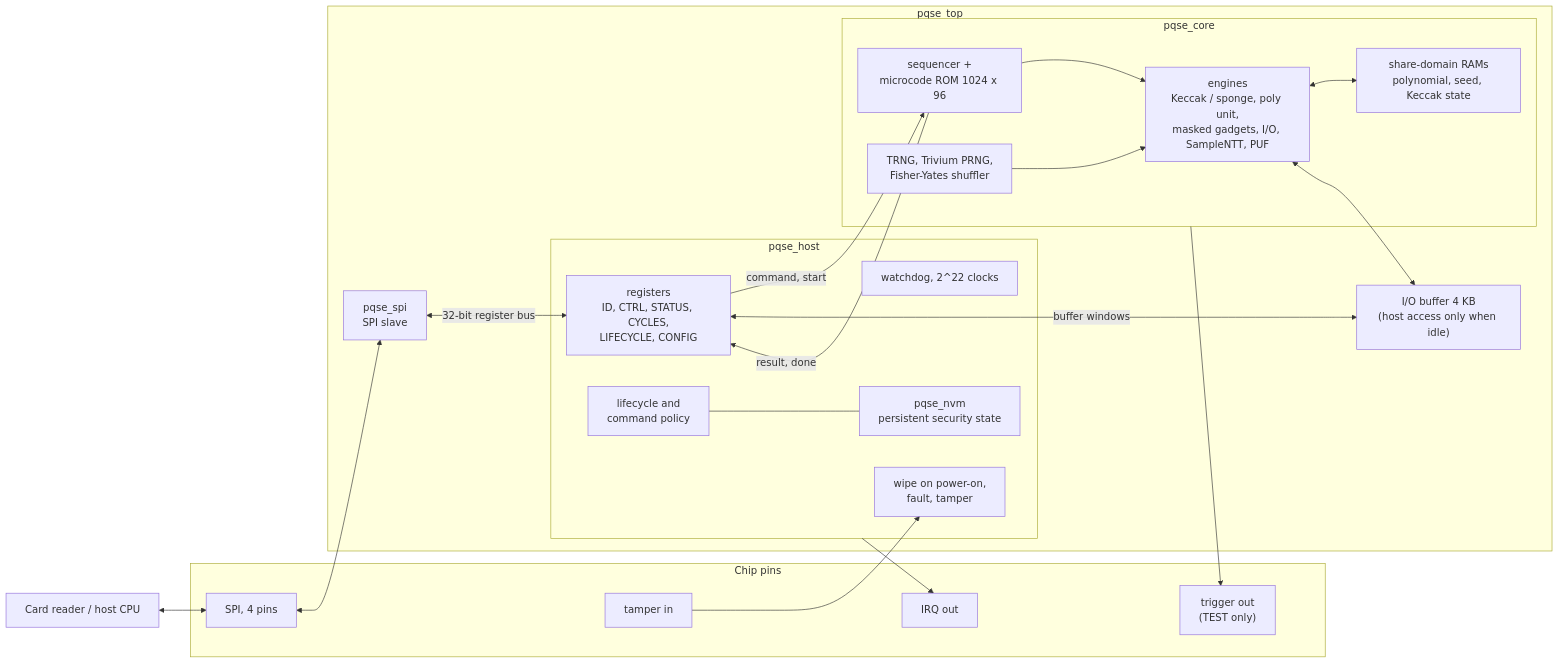
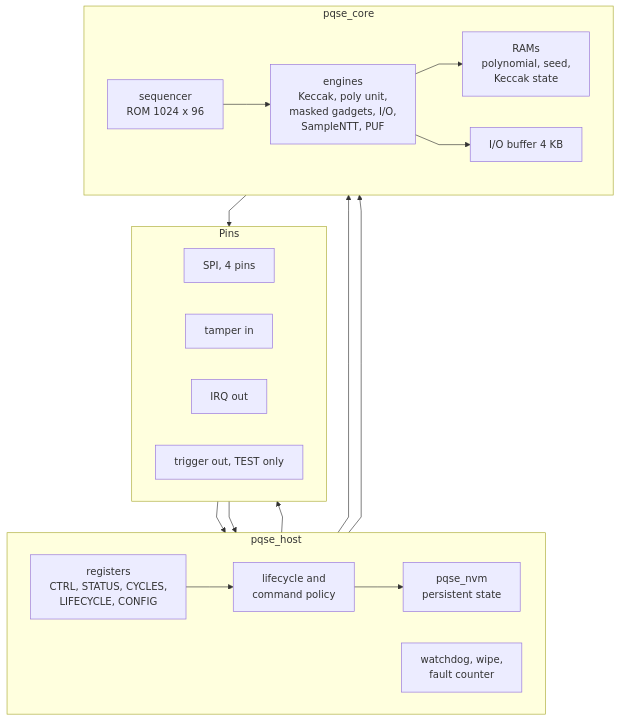
Before and after one commit to DH1252/mlkem_hls: the first of 12 diagrams in docs/PQSE_diagrams.md, drawn with Mermaid. The commit also changed other lines of this file, not shown here.

First line of the commit message:
docs: restructure the diagrams, straight edges, plainer text

````diff
--- a/docs/PQSE_diagrams.md
+++ b/docs/PQSE_diagrams.md
@@ -22,41 +24,36 @@
 ```mermaid
-flowchart LR
-    reader["Card reader / host CPU"]
-    subgraph pins["Chip pins"]
+%%{init: {"flowchart": {"curve": "linear"}}}%%
+flowchart TB
+    subgraph L1["Pins"]
+        direction LR
         spi["SPI, 4 pins"]
         tamper["tamper in"]
         irq["IRQ out"]
-        trig["trigger out<br/>(TEST only)"]
+        trig["trigger out, TEST only"]
     end
-    reader <--> spi
-    subgraph chip["pqse_top"]
-        spis["pqse_spi<br/>SPI slave"]
-        subgraph host["pqse_host"]
-            regs["registers<br/>ID, CTRL, STATUS, CYCLES,<br/>LIFECYCLE, CONFIG"]
-            policy["lifecycle and<br/>command policy"]
-            wd["watchdog, 2^22 clocks"]
-            wipe["wipe on power-on,<br/>fault, tamper"]
-            nvm["pqse_nvm<br/>persistent security state"]
-        end
-        buf["I/O buffer 4 KB<br/>(host access only when idle)"]
-        subgraph core["pqse_core"]
-            seq["sequencer +<br/>microcode ROM 1024 x 96"]
-            eng["engines<br/>Keccak / sponge, poly unit,<br/>masked gadgets, I/O, SampleNTT, PUF"]
-            mem["share-domain RAMs<br/>polynomial, seed, Keccak state"]
-            rng["TRNG, Trivium PRNG,<br/>Fisher-Yates shuffler"]
-        end
+    subgraph L2["pqse_host"]
+        direction LR
+        regs["registers<br/>CTRL, STATUS, CYCLES,<br/>LIFECYCLE, CONFIG"]
+        policy["lifecycle and<br/>command policy"]
+        guard["watchdog, wipe,<br/>fault counter"]
+        nvm["pqse_nvm<br/>persistent state"]
     end
-    spi <--> spis
-    spis <-->|"32-bit register bus"| regs
-    tamper --> wipe
-    host --> irq
-    core --> trig
-    regs -->|"command, start"| seq
-    seq -->|"result, done"| regs
-    regs <-->|"buffer windows"| buf
+    subgraph L3["pqse_core"]
+        direction LR
+        seq["sequencer<br/>ROM 1024 x 96"]
+        eng["engines<br/>Keccak, poly unit,<br/>masked gadgets, I/O,<br/>SampleNTT, PUF"]
+        mem["RAMs<br/>polynomial, seed,<br/>Keccak state"]
+        buf["I/O buffer 4 KB"]
+    end
+    spi --> regs
+    tamper --> guard
+    regs --> irq
+    regs --> policy
+    policy --> nvm
+    regs --> seq
     seq --> eng
-    eng <--> mem
-    eng <--> buf
-    rng --> eng
-    policy --- nvm
+    eng --> mem
+    eng --> buf
+    regs --> buf
+    seq --> trig
 ```
````
